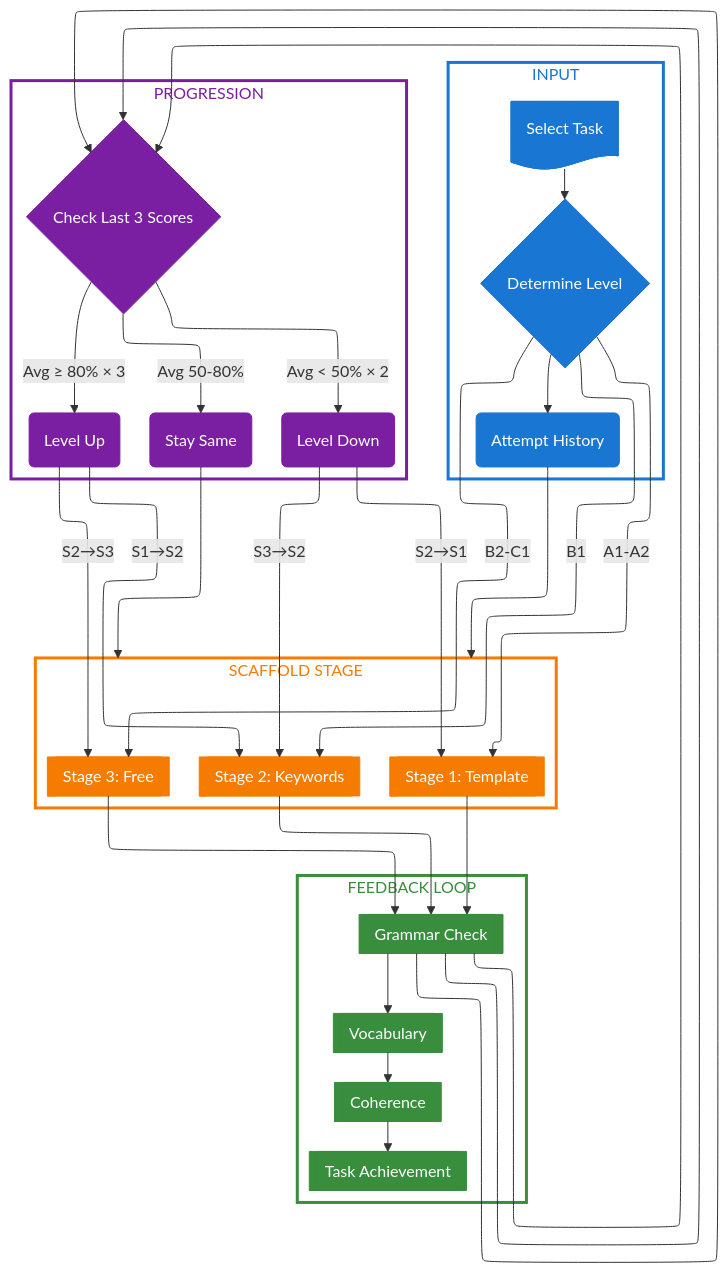
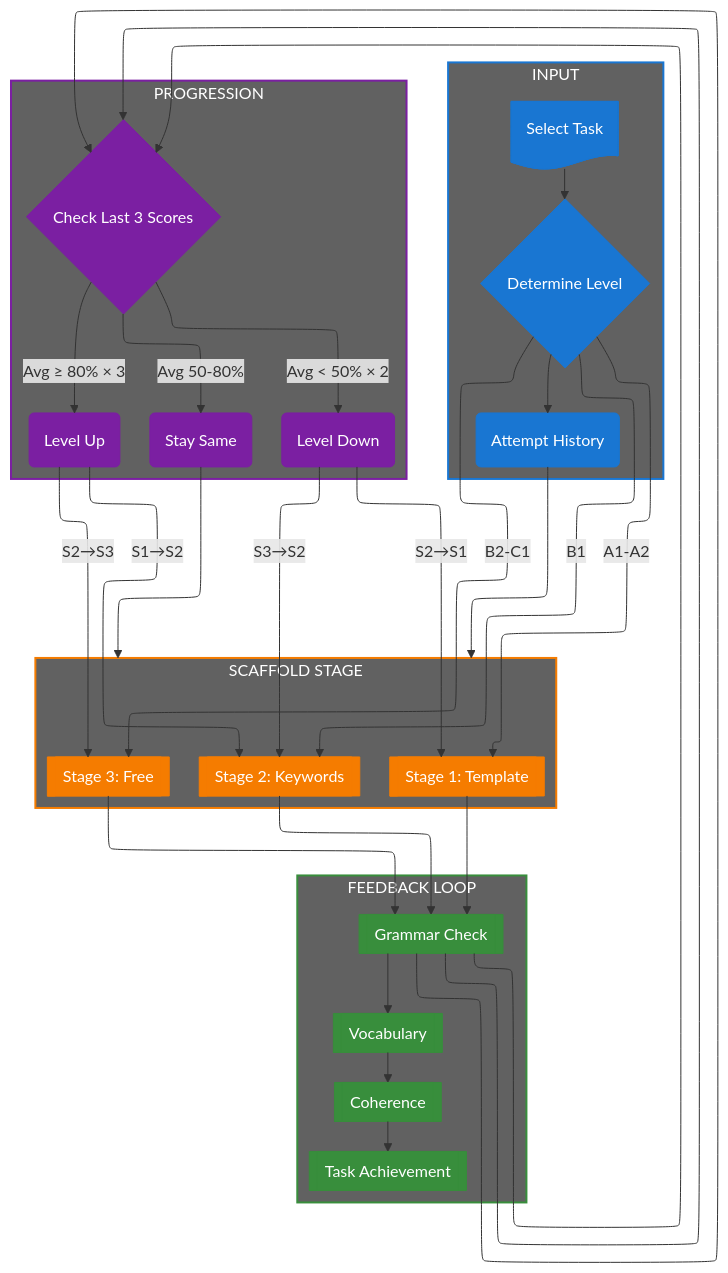
One commit to nghyane/VSTEP changed the tenth of 12 diagrams in docs/capstone/diagrams/flow-diagrams.vi.md. Above: the diagram before and after it, drawn with Mermaid. The commit also changed other lines of this file, not shown here.

````diff
--- a/docs/capstone/diagrams/flow-diagrams.vi.md
+++ b/docs/capstone/diagrams/flow-diagrams.vi.md
@@ -661,76 +661,76 @@
 ```mermaid
 ---
 config:
   layout: elk
 ---
 flowchart TB
     subgraph Input["INPUT"]
         Task@{ shape: doc, label: "Select Task" }
         Level@{ shape: diam, label: "Determine Level" }
         History@{ shape: rounded, label: "Attempt History" }
     end
 
     subgraph Stage["SCAFFOLD STAGE"]
         direction LR
         S1@{ shape: fr-rect, label: "Stage 1: Template" }
         S2@{ shape: fr-rect, label: "Stage 2: Keywords" }
         S3@{ shape: fr-rect, label: "Stage 3: Free" }
     end
 
     subgraph Feedback["FEEDBACK LOOP"]
         direction TB
         Grammar@{ shape: fr-rect, label: "Grammar Check" }
         Vocab@{ shape: fr-rect, label: "Vocabulary" }
         Cohesion@{ shape: fr-rect, label: "Coherence" }
         TaskResp@{ shape: fr-rect, label: "Task Achievement" }
     end
 
     subgraph Progression["PROGRESSION"]
         Check@{ shape: diam, label: "Check Last 3 Scores" }
         Up@{ shape: rounded, label: "Level Up" }
         Stay@{ shape: rounded, label: "Stay Same" }
         Down@{ shape: rounded, label: "Level Down" }
     end
 
     Task --> Level --> History --> Stage
     Level -->|"A1-A2"| S1
     Level -->|"B1"| S2
     Level -->|"B2-C1"| S3
     
     S1 --> Grammar --> Check
     S2 --> Grammar --> Check
     S3 --> Grammar --> Check
     Grammar --> Vocab --> Cohesion --> TaskResp
     
     Check -->|"Avg ≥ 80% × 3"| Up
     Check -->|"Avg 50-80%"| Stay
     Check -->|"Avg < 50% × 2"| Down
     
     Up -->|"S1→S2"| S2
     Up -->|"S2→S3"| S3
     Stay --> Stage
     Down -->|"S2→S1"| S1
     Down -->|"S3→S2"| S2
 
     %% Nodes
     classDef input fill:#1976d2,stroke:#1976d2,color:#fff
     classDef stage fill:#f57c00,stroke:#f57c00,color:#fff
     classDef feedback fill:#388e3c,stroke:#388e3c,color:#fff
     classDef progress fill:#7b1fa2,stroke:#7b1fa2,color:#fff
 
     %% Boxes
-    classDef inputBox fill:none,stroke:#1976d2,stroke-width:3px,color:#1976d2
-    classDef stageBox fill:none,stroke:#f57c00,stroke-width:3px,color:#f57c00
-    classDef feedbackBox fill:none,stroke:#388e3c,stroke-width:3px,color:#388e3c
-    classDef progressBox fill:none,stroke:#7b1fa2,stroke-width:3px,color:#7b1fa2
+    classDef inputBox fill:#616161,stroke:#1976d2,stroke-width:2px,color:#fff
+    classDef stageBox fill:#616161,stroke:#f57c00,stroke-width:2px,color:#fff
+    classDef feedbackBox fill:#616161,stroke:#388e3c,stroke-width:2px,color:#fff
+    classDef progressBox fill:#616161,stroke:#7b1fa2,stroke-width:2px,color:#fff
 
     class Input inputBox
     class Stage stageBox
     class Feedback feedbackBox
     class Progression progressBox
 
     class Task,Level,History input
     class S1,S2,S3 stage
     class Grammar,Vocab,Cohesion,TaskResp feedback
     class Check,Up,Stay,Down progress
 ```
````
